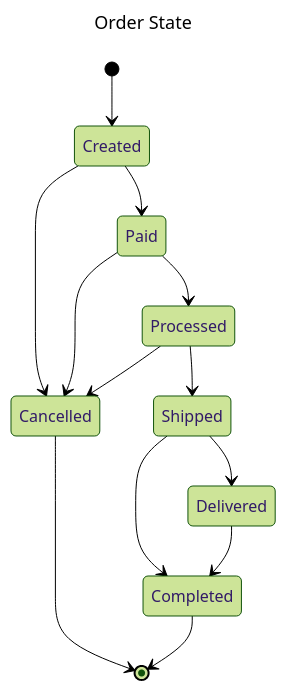
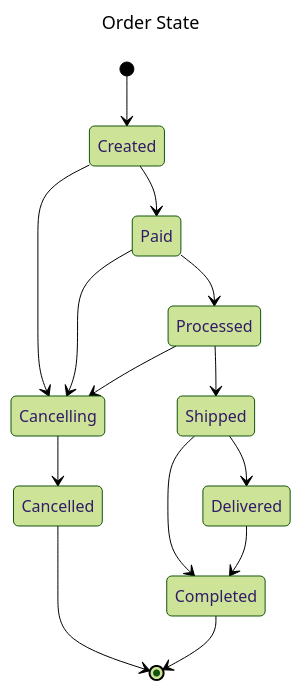
Before and after one commit to bratushkadan/diploma: the second of 5 diagrams in app/docs/architecture/Order.md, drawn with Mermaid (forest theme). The commit also changed other lines of this file and 6 other files, not shown here.

````diff
--- a/app/docs/architecture/Order.md
+++ b/app/docs/architecture/Order.md
@@ -43,18 +51,19 @@
 ```mermaid
 ---
 title: Order State
 ---
 stateDiagram-v2
     [*] --> Created
-    Created --> Cancelled
+    Created --> Cancelling
     Created --> Paid
     Paid --> Processed
-    Paid --> Cancelled
-    Processed --> Cancelled
+    Paid --> Cancelling
+    Processed --> Cancelling
+    Cancelling --> Cancelled
     Processed --> Shipped
     Shipped --> Completed
     Shipped --> Delivered
     Delivered --> Completed
     Cancelled --> [*]
     Completed --> [*]
 ```
````
